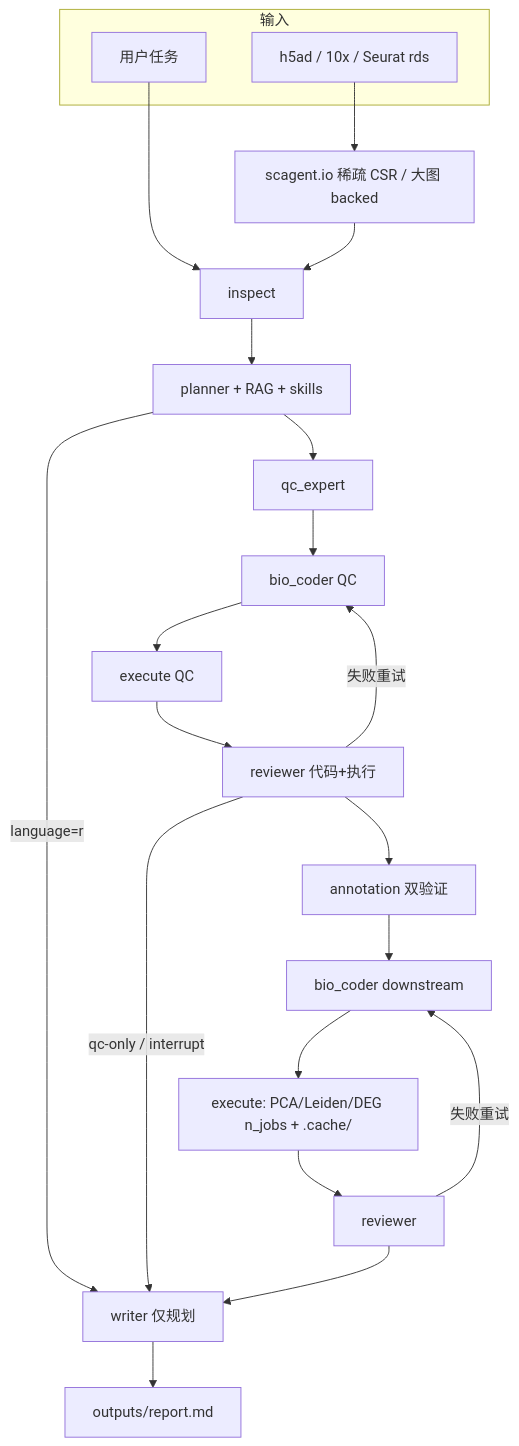
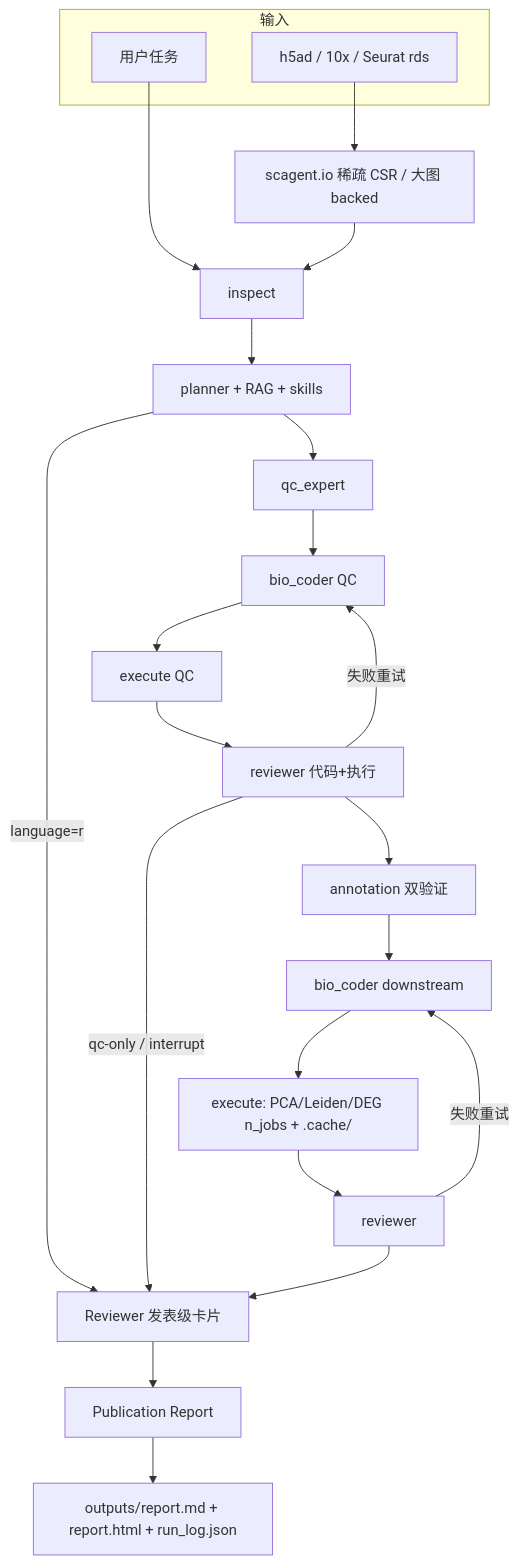
Before and after one commit to bio-apple/scAgent: the diagram in README.md, drawn with Mermaid. The commit also changed other lines of this file and 46 other files, not shown here.

````diff
--- a/README.md
+++ b/README.md
@@ -28,25 +28,26 @@
 ```mermaid
 flowchart TD
   subgraph in [输入]
     D["h5ad / 10x / Seurat rds"]
     Q[用户任务]
   end
   D --> IO["scagent.io 稀疏 CSR / 大图 backed"]
   Q --> INS[inspect]
   IO --> INS
   INS --> PL[planner + RAG + skills]
-  PL -->|language=r| W[writer 仅规划]
+  PL -->|language=r| RP[Reviewer 发表级卡片]
   PL --> QC[qc_expert]
   QC --> CQ[bio_coder QC]
   CQ --> EQ[execute QC]
   EQ --> RQ[reviewer 代码+执行]
   RQ -->|失败重试| CQ
-  RQ -->|qc-only / interrupt| W
+  RQ -->|qc-only / interrupt| RP
   RQ --> AN[annotation 双验证]
   AN --> CD[bio_coder downstream]
   CD --> ED["execute: PCA/Leiden/DEG n_jobs + .cache/"]
   ED --> RD[reviewer]
   RD -->|失败重试| CD
-  RD --> W
-  W --> OUT["outputs/report.md"]
+  RD --> RP
+  RP --> W[Publication Report]
+  W --> OUT["outputs/report.md + report.html + run_log.json"]
 ```
````
